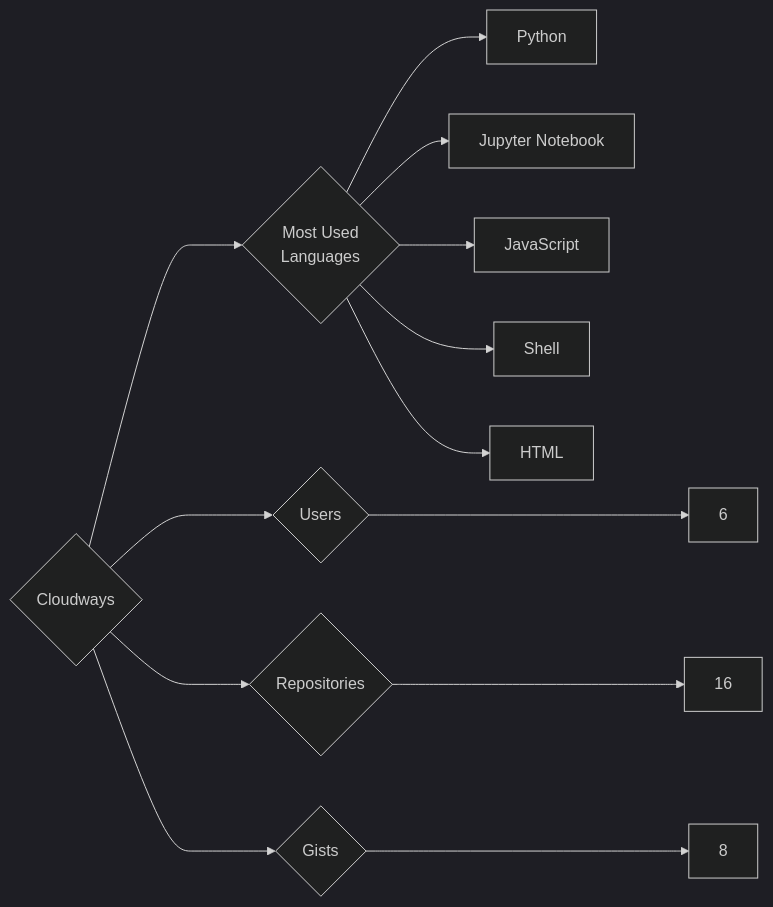
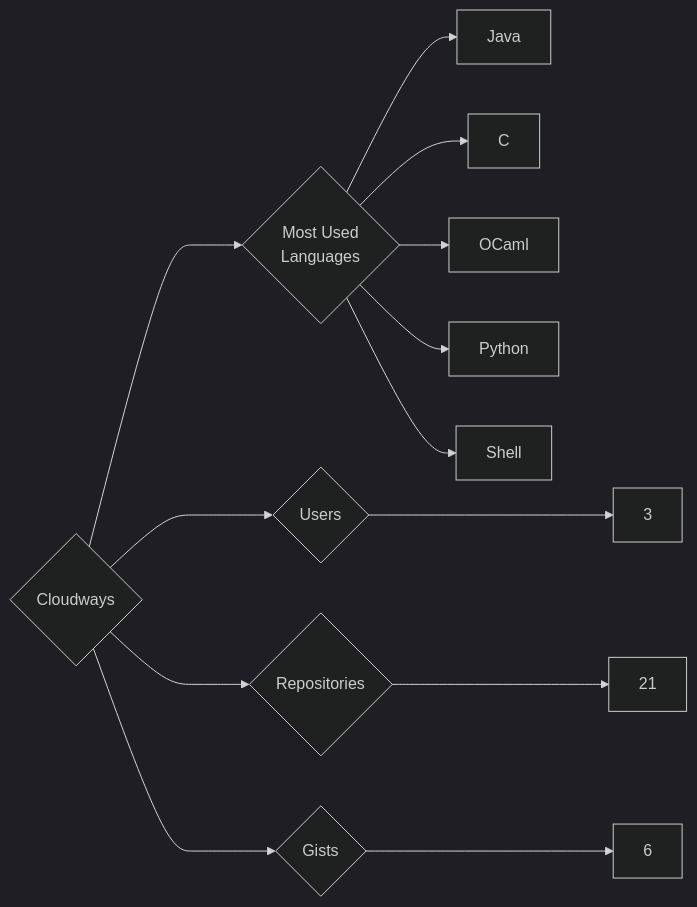
One commit to trickest/insiders changed the diagram in targets/Cloudways/README.md. Above: the diagram before and after it, drawn with Mermaid (dark theme). The commit also changed 724 other files, not shown here.

````diff
--- a/targets/Cloudways/README.md
+++ b/targets/Cloudways/README.md
@@ -3,13 +3,13 @@
 ```mermaid
 graph LR
 COMPANY_NAME{Cloudways}
-COMPANY_NAME ---> U{Users} ---> UN[6]
-COMPANY_NAME ---> R{Repositories} ---> RN[16]
-COMPANY_NAME ---> G{Gists} ---> GN[8]
+COMPANY_NAME ---> U{Users} ---> UN[3]
+COMPANY_NAME ---> R{Repositories} ---> RN[21]
+COMPANY_NAME ---> G{Gists} ---> GN[6]
 COMPANY_NAME ---> ML{Most Used<br>Languages}
+ML --> Java[Java]
+ML --> C[C]
+ML --> OCaml[OCaml]
 ML --> Python[Python]
-ML --> Jupyter_Notebook[Jupyter Notebook]
-ML --> JavaScript[JavaScript]
 ML --> Shell[Shell]
-ML --> HTML[HTML]
 ```
````
